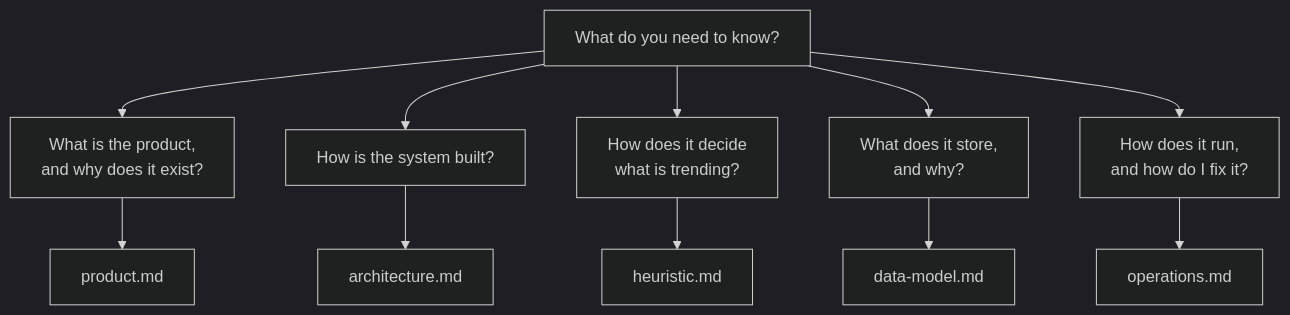
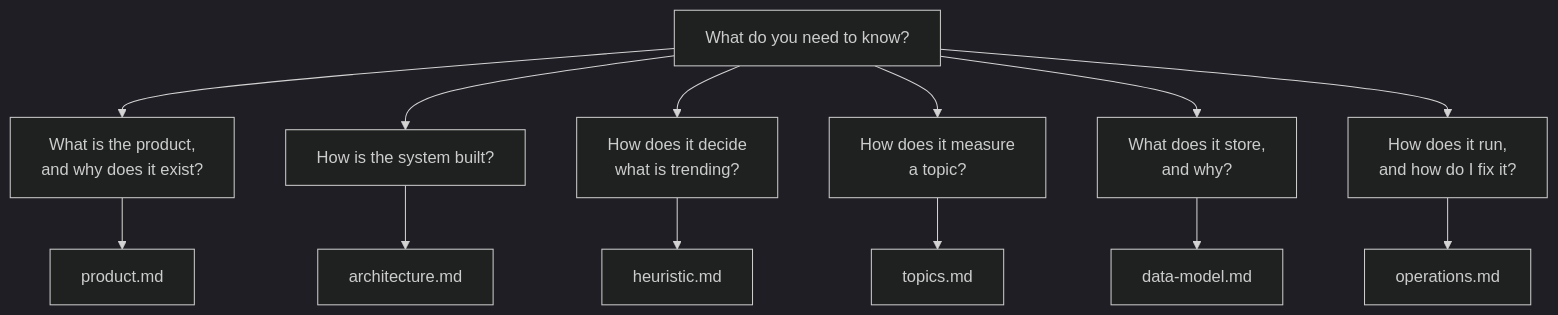
Before and after one commit to atlantic-blue/trendjack: the diagram in docs/README.md, drawn with Mermaid (dark theme). The commit also changed other lines of this file and 4 other files, not shown here.

Commit message:
docs: explain how a topic is measured

````diff
--- a/docs/README.md
+++ b/docs/README.md
@@ -16,15 +16,17 @@
 ```mermaid
 flowchart TD
     Q["What do you need to know?"]
     Q --> P["What is the product,<br/>and why does it exist?"]
     Q --> A["How is the system built?"]
     Q --> H["How does it decide<br/>what is trending?"]
+    Q --> T["How does it measure<br/>a topic?"]
     Q --> D["What does it store,<br/>and why?"]
     Q --> O["How does it run,<br/>and how do I fix it?"]
 
     P --> PD["product.md"]
     A --> AD["architecture.md"]
     H --> HD["heuristic.md"]
+    T --> TD["topics.md"]
     D --> DD["data-model.md"]
     O --> OD["operations.md"]
 ```
````
